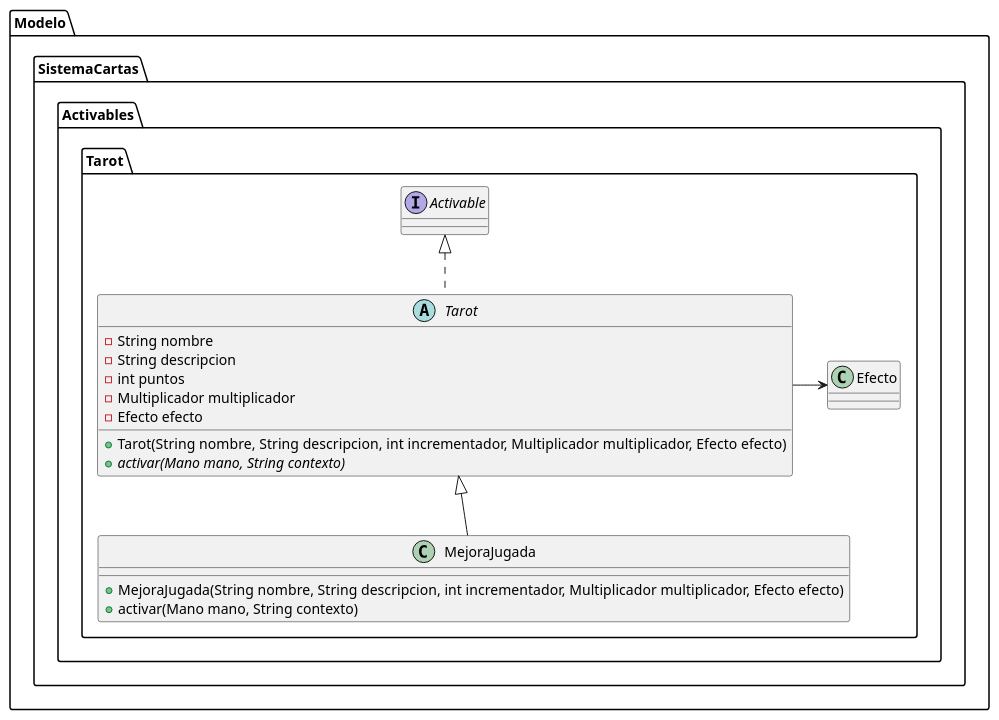
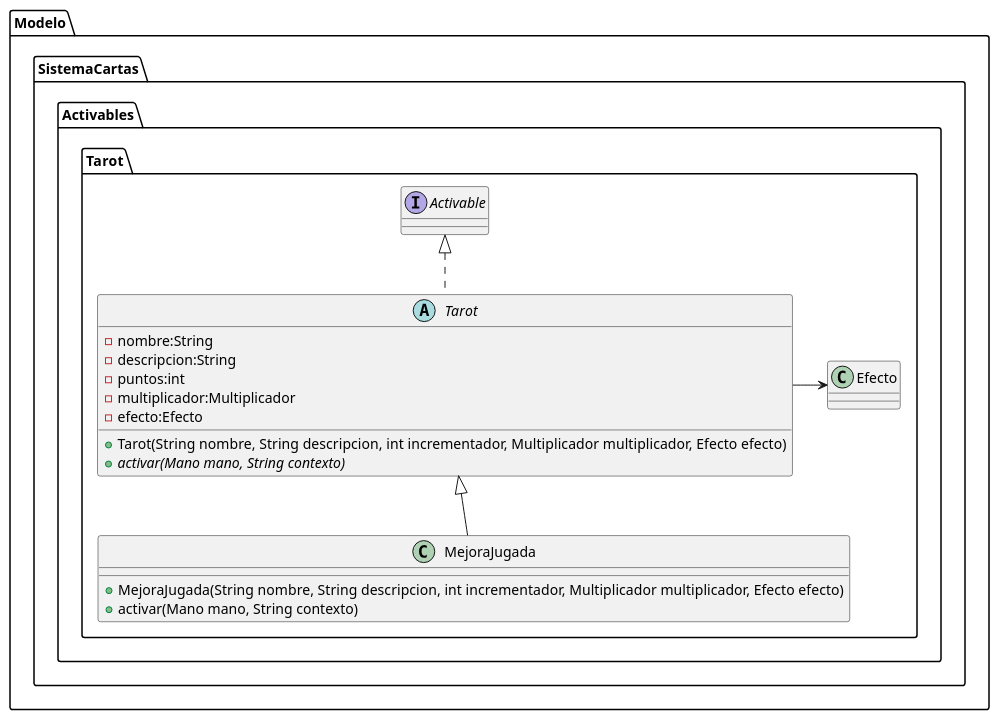
One commit to Cbonchan/Balatro changed the diagram in diagrams/classes/SistemaDeCartas/TarotClases.puml. Above: the diagram before and after it, drawn with PlantUML. The commit also changed 1 other file, not shown here.

Commit message:
correccion de sintaxis en diagramas

```diff
--- a/diagrams/classes/SistemaDeCartas/TarotClases.puml
+++ b/diagrams/classes/SistemaDeCartas/TarotClases.puml
@@ -1,23 +1,23 @@
 @startuml
 package Modelo.SistemaCartas.Activables.Tarot{
     abstract class Tarot implements Activable{
-    - String nombre
-    - String descripcion
-    - int puntos
-    - Multiplicador multiplicador
-    -Efecto efecto
-        +Tarot(String nombre, String descripcion, int incrementador, Multiplicador multiplicador, Efecto efecto)
-        +{abstract}activar(Mano mano, String contexto)
+    - nombre:String
+    - descripcion:String
+    - puntos:int
+    - multiplicador:Multiplicador
+    - efecto:Efecto
+    +Tarot(String nombre, String descripcion, int incrementador, Multiplicador multiplicador, Efecto efecto)
+    +{abstract}activar(Mano mano, String contexto)
     }
 
     class MejoraJugada extends Tarot{
     +MejoraJugada(String nombre, String descripcion, int incrementador, Multiplicador multiplicador, Efecto efecto)
     +activar(Mano mano, String contexto)
     }
 
   Tarot->Efecto
 
 }
 
 
 @enduml
```
